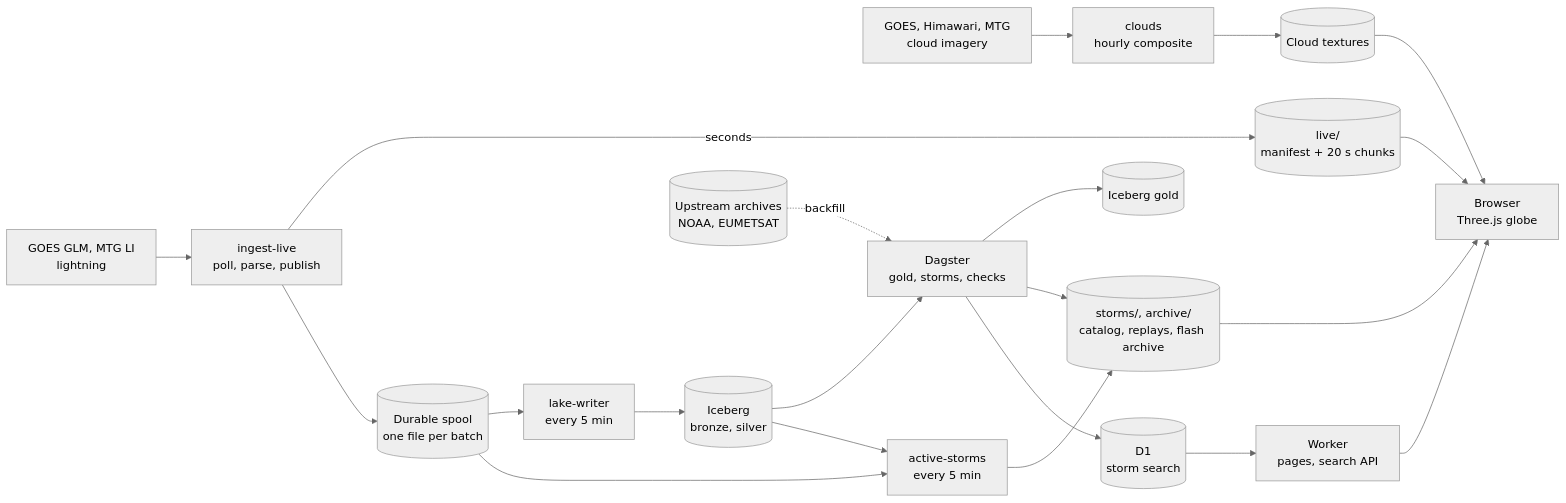
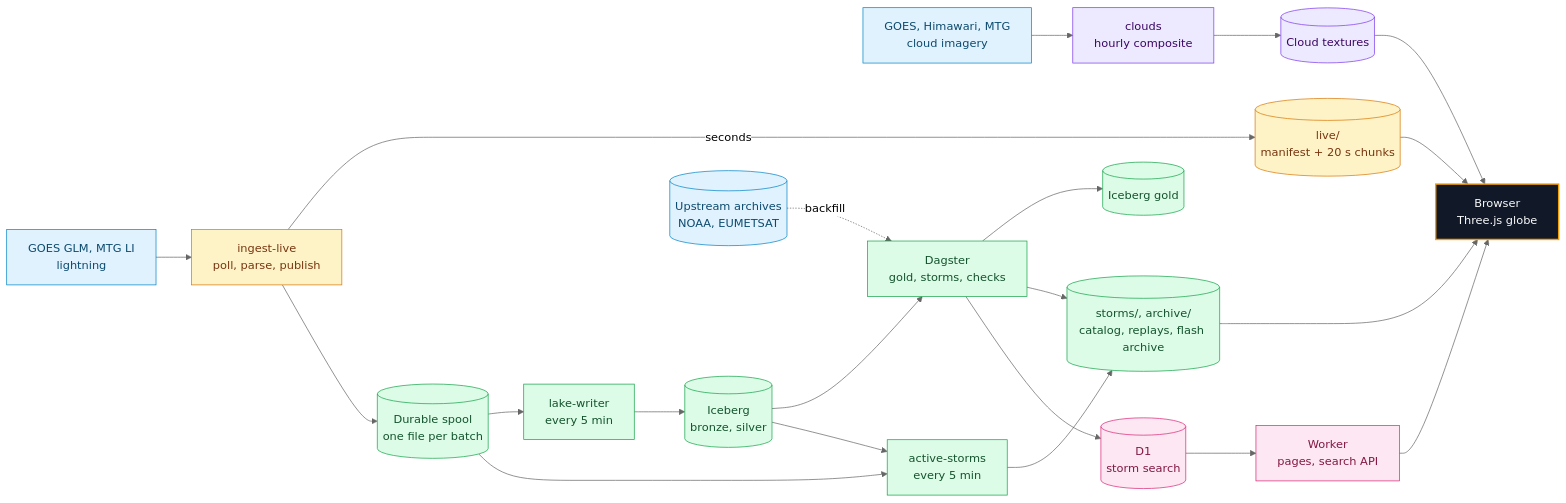
One commit to pierregc/scintille changed the diagram in docs/architecture.md. Above: the diagram before and after it, drawn with Mermaid (neutral theme). The commit also changed 1 other file, not shown here.

Commit message:
docs: colour the architecture diagrams by path

````diff
--- a/docs/architecture.md
+++ b/docs/architecture.md
@@ -7,21 +7,34 @@
 ```mermaid
 flowchart LR
     imagers["GOES, Himawari, MTG<br/>cloud imagery"] --> clouds_proc["clouds<br/>hourly composite"]
     clouds_proc --> textures[("Cloud textures")]
     lightning["GOES GLM, MTG LI<br/>lightning"] --> ingest["ingest-live<br/>poll, parse, publish"]
     ingest -->|seconds| live[("live/<br/>manifest + 20 s chunks")]
     ingest --> spool[("Durable spool<br/>one file per batch")]
     spool --> writer["lake-writer<br/>every 5 min"]
     writer --> lake[("Iceberg<br/>bronze, silver")]
     lake --> dagster["Dagster<br/>gold, storms, checks"]
     archives[("Upstream archives<br/>NOAA, EUMETSAT")] -.->|backfill| dagster
     dagster --> gold[("Iceberg gold")]
     dagster --> pub[("storms/, archive/<br/>catalog, replays, flash archive")]
     dagster --> d1[("D1<br/>storm search")]
     lake --> active_proc["active-storms<br/>every 5 min"]
     spool --> active_proc
     active_proc --> pub
     d1 --> worker["Worker<br/>pages, search API"]
     live & pub & textures --> browser["Browser<br/>Three.js globe"]
     worker --> browser
+
+    classDef source fill:#e0f2fe,stroke:#0284c7,color:#0c4a6e
+    classDef hot fill:#fef3c7,stroke:#d97706,color:#78350f
+    classDef lake fill:#dcfce7,stroke:#16a34a,color:#14532d
+    classDef cloud fill:#ede9fe,stroke:#7c3aed,color:#3b0764
+    classDef serve fill:#fce7f3,stroke:#db2777,color:#831843
+    classDef app fill:#111827,stroke:#f59e0b,stroke-width:2px,color:#f9fafb
+    class lightning,imagers,archives source
+    class ingest,live hot
+    class spool,writer,lake,dagster,gold,pub,active_proc lake
+    class clouds_proc,textures cloud
+    class d1,worker serve
+    class browser app
 ```
````
